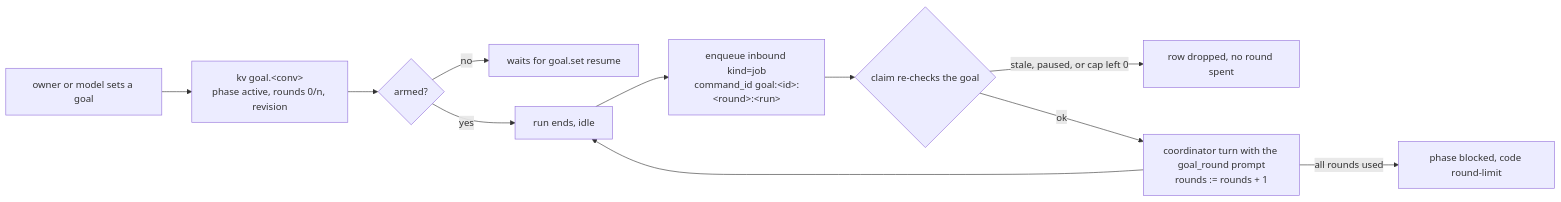
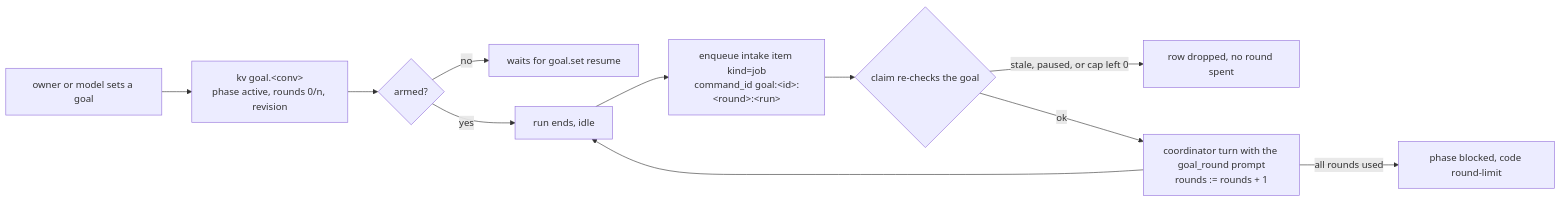
One commit to keyurbodar/xin changed the diagram in docs/plan/architecture/13-always-on.md. Above: the diagram before and after it, drawn with Mermaid. The commit also changed other lines of this file and 37 other files, not shown here.

````diff
--- a/docs/plan/architecture/13-always-on.md
+++ b/docs/plan/architecture/13-always-on.md
@@ -74,13 +74,13 @@
 ```mermaid
 flowchart LR
   H["owner or model sets a goal"] --> G["kv goal.&lt;conv&gt;<br/>phase active, rounds 0/n, revision"]
   G --> A{"armed?"}
   A -->|no| W["waits for goal.set resume"]
   A -->|yes| R["run ends, idle"]
-  R --> E["enqueue inbound kind=job<br/>command_id goal:&lt;id&gt;:&lt;round&gt;:&lt;run&gt;"]
+  R --> E["enqueue intake item kind=job<br/>command_id goal:&lt;id&gt;:&lt;round&gt;:&lt;run&gt;"]
   E --> C{"claim re-checks the goal"}
   C -->|stale, paused, or cap left 0| D["row dropped, no round spent"]
   C -->|ok| T["coordinator turn with the goal_round prompt<br/>rounds := rounds + 1"]
   T --> R
   T -->|all rounds used| L["phase blocked, code round-limit"]
 ```
````
